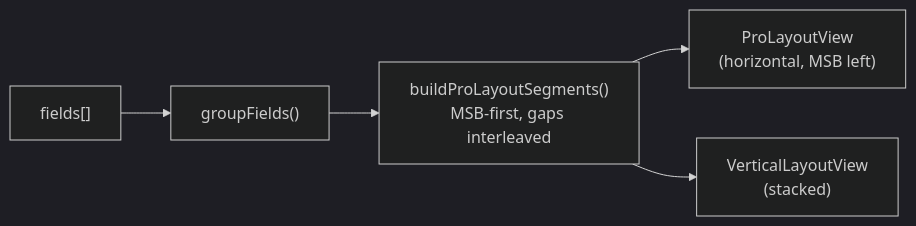
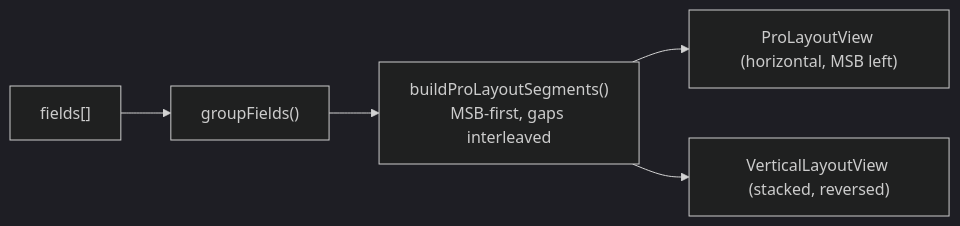
The second of 5 diagrams in docs/architecture/bit-field-handling.md (bleviet/ipcraft-vscode), drawn with Mermaid (dark theme) before and after one commit. The commit also changed other lines of this file and 2 other files, not shown here.

````diff
--- a/docs/architecture/bit-field-handling.md
+++ b/docs/architecture/bit-field-handling.md
@@ -119,7 +135,7 @@
 ```mermaid
 graph LR
     F["fields[]"] --> G["groupFields()"]
     G --> S["buildProLayoutSegments()<br/>MSB-first, gaps interleaved"]
-    S --> PRO["ProLayoutView<br/>(horizontal, MSB left)"]
-    S --> VERT["VerticalLayoutView<br/>(stacked)"]
+    S --> PRO["ProLayoutView (horizontal, MSB left)"]
+    S --> VERT["VerticalLayoutView (stacked, reversed)"]
 ```
````
